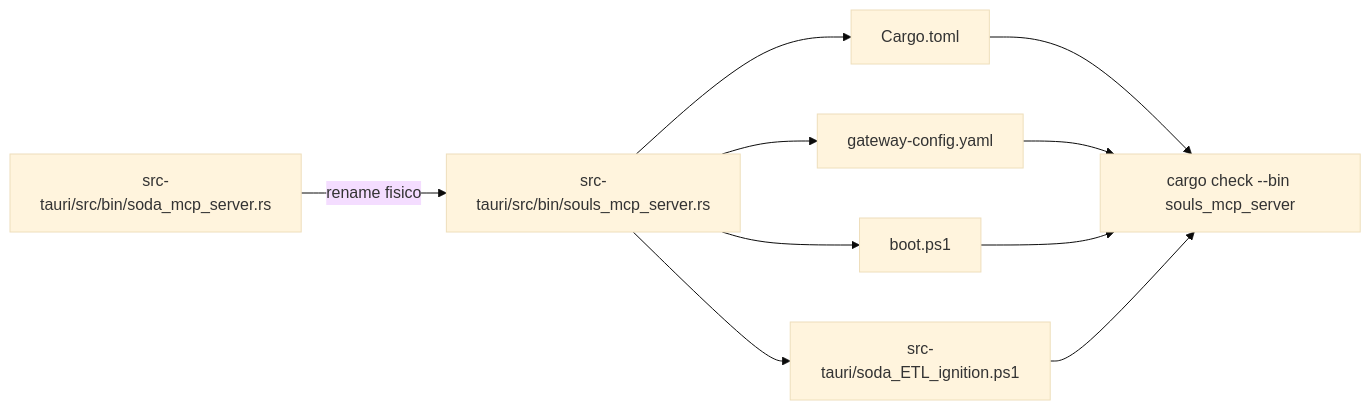
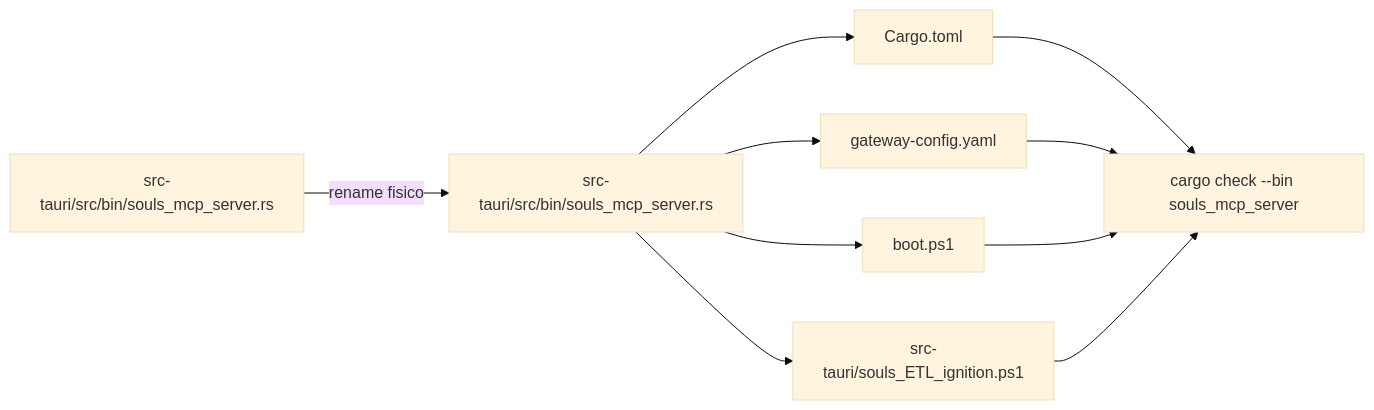
Before and after one commit to brunosrosa/genesis_mc: the second of 2 diagrams in docs/features/feat-lean-mcp-integration/design.md, drawn with Mermaid (base theme). The commit also changed other lines of this file and 237 other files, not shown here.

Commit message:
feat: implement core Tauri-based architecture including local harvesting, SAST integration, RAG cognition modules, and extensive design documentation

````diff
--- a/docs/features/feat-lean-mcp-integration/design.md
+++ b/docs/features/feat-lean-mcp-integration/design.md
@@ -290,20 +290,20 @@
 ```mermaid
 flowchart LR
-    A[src-tauri/src/bin/soda_mcp_server.rs]
+    A[src-tauri/src/bin/souls_mcp_server.rs]
     B[src-tauri/src/bin/souls_mcp_server.rs]
     C[Cargo.toml]
     D[gateway-config.yaml]
     E[boot.ps1]
-    F[src-tauri/soda_ETL_ignition.ps1]
+    F[src-tauri/souls_ETL_ignition.ps1]
     G[cargo check --bin souls_mcp_server]
 
     A -->|rename fisico| B
     B --> C
     B --> D
     B --> E
     B --> F
     C --> G
     D --> G
     E --> G
     F --> G
 ```
````
